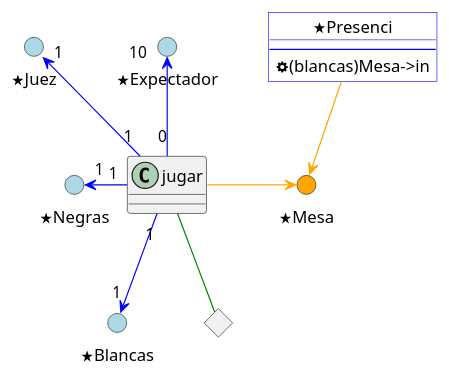
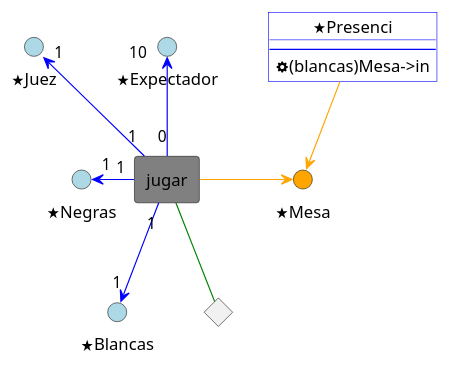
One commit to pablodanielrey/colaborativos changed the second of 2 diagrams in entrega1/desarrollo-de-software.plantuml. Above: the diagram before and after it, drawn with PlantUML.

Commit message:
agrego una linea que habia eliminado. el jugar es una actividad colaborativa

```diff
--- a/entrega1/desarrollo-de-software.plantuml
+++ b/entrega1/desarrollo-de-software.plantuml
@@ -20,34 +20,35 @@
 @startuml
 allowmixing
 
 skinparam object {
     BackgroundColor #White
     BorderColor #Blue
     BorderStyle dashed
 }
 
 object "<&star>Presenci" as pres {
     --
     <&cog>(blancas)Mesa->in
 }
 
 
 
 () "<&star>Mesa" as mesa #Orange
 () "<&star>Expectador" as expectador #LightBlue
 () "<&star>Juez" as juez #LightBlue
 () "<&star>Blancas" as blancas #LightBlue
 () "<&star>Negras" as negras #LightBlue
 
 diamond p #Green
+rectangle jugar #Gray
 
 jugar -r[#Orange]-> mesa
 jugar "0" -u[#Blue]-> "10" expectador
 jugar "1" -u[#Blue]-> "1" juez
 jugar "1" -d[#Blue]-> "1" blancas
 jugar "1" -l[#Blue]-> "1" negras
 jugar -[#Green]- p
 
 pres -[#Orange]-> mesa
 
 @enduml
```
